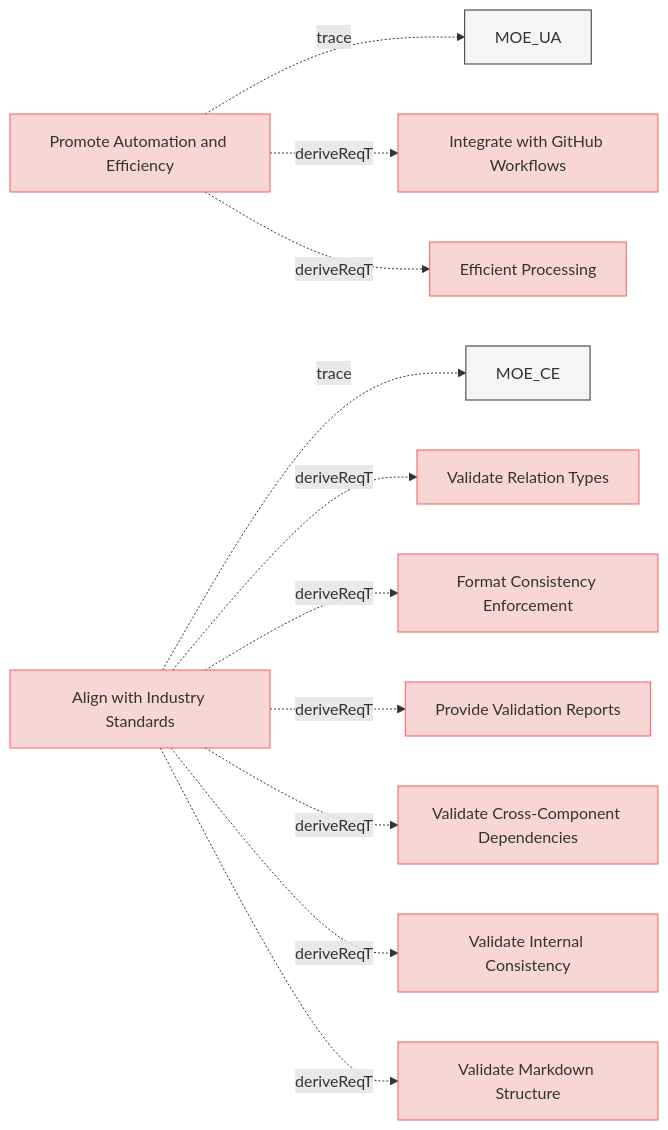
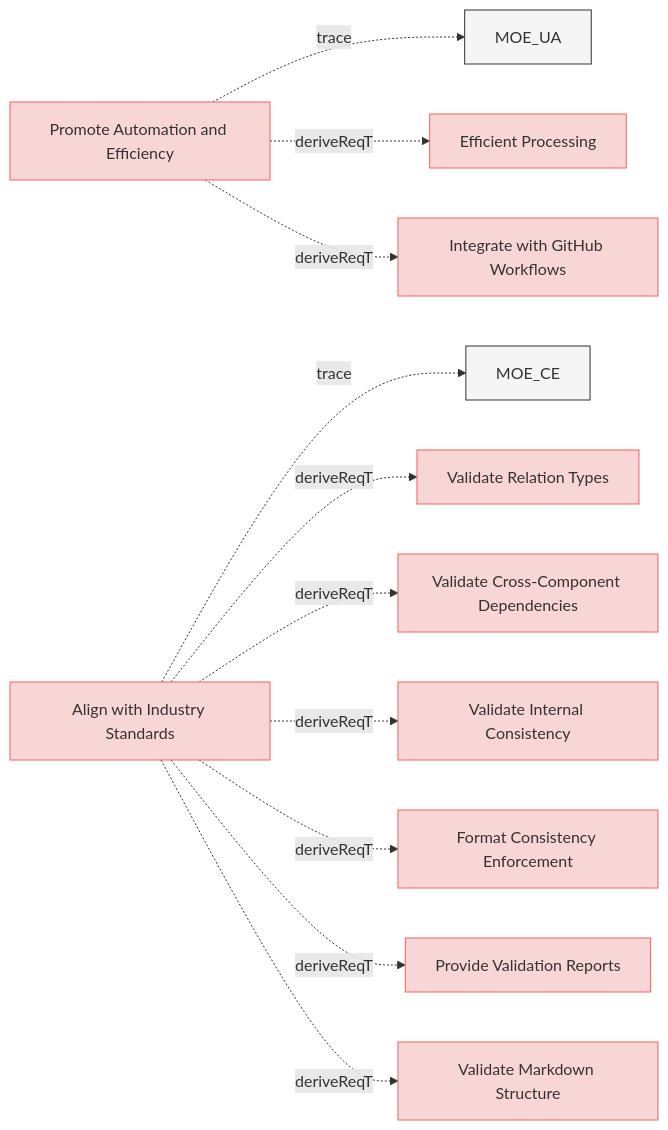
One commit to reqvire-org/reqvire changed the diagram in specifications/MissionRequirements.md. Above: the diagram before and after it, drawn with Mermaid. The commit also changed other lines of this file and 20 other files, not shown here.

````diff
--- a/specifications/MissionRequirements.md
+++ b/specifications/MissionRequirements.md
@@ -5,56 +5,56 @@
 ```mermaid
 graph LR;
   %% REQVIRE-AUTOGENERATED-DIAGRAM
   %% Graph styling
   classDef userRequirement fill:#f9d6d6,stroke:#f55f5f,stroke-width:1px;
   classDef systemRequirement fill:#fce4e4,stroke:#e68a8a,stroke-width:1px;
   classDef verification fill:#d6f9d6,stroke:#5fd75f,stroke-width:1px;
   classDef default fill:#f5f5f5,stroke:#333333,stroke-width:1px;
 
   80166c5161b33956["Promote Automation and Efficiency"];
   class 80166c5161b33956 userRequirement;
   click 80166c5161b33956 "MissionRequirements.md#promote-automation-and-efficiency";
   2c5f30f14e792200["MOE_UA"];
   class 2c5f30f14e792200 default;
   click 2c5f30f14e792200 "MOEs.md#moe_ua";
   80166c5161b33956 -.->|trace| 2c5f30f14e792200;
+  d193d11c43776bec["Efficient Processing"];
+  class d193d11c43776bec userRequirement;
+  click d193d11c43776bec "ManagingMbseModelsRequirements.md#efficient-processing";
+  80166c5161b33956 -.->|deriveReqT| d193d11c43776bec;
   98eaeddc27f99e11["Integrate with GitHub Workflows"];
   class 98eaeddc27f99e11 userRequirement;
   click 98eaeddc27f99e11 "UserStories.md#integrate-with-github-workflows";
   80166c5161b33956 -.->|deriveReqT| 98eaeddc27f99e11;
-  d193d11c43776bec["Efficient Processing"];
-  class d193d11c43776bec userRequirement;
-  click d193d11c43776bec "ManagingMbseModelsRequirements.md#efficient-processing";
-  80166c5161b33956 -.->|deriveReqT| d193d11c43776bec;
   b74eec7ed767e7c["Align with Industry Standards"];
   class b74eec7ed767e7c userRequirement;
   click b74eec7ed767e7c "MissionRequirements.md#align-with-industry-standards";
   e9ad540a6411a0fc["MOE_CE"];
   class e9ad540a6411a0fc default;
   click e9ad540a6411a0fc "MOEs.md#moe_ce";
   b74eec7ed767e7c -.->|trace| e9ad540a6411a0fc;
   f25cbfbca6d6d92e["Validate Relation Types"];
   class f25cbfbca6d6d92e userRequirement;
   click f25cbfbca6d6d92e "UserRequirements.md#validate-relation-types";
   b74eec7ed767e7c -.->|deriveReqT| f25cbfbca6d6d92e;
+  3bd9d29239564eeb["Validate Cross-Component Dependencies"];
+  class 3bd9d29239564eeb userRequirement;
+  click 3bd9d29239564eeb "UserRequirements.md#validate-cross-component-dependencies";
+  b74eec7ed767e7c -.->|deriveReqT| 3bd9d29239564eeb;
+  c50887ce89be280a["Validate Internal Consistency"];
+  class c50887ce89be280a userRequirement;
+  click c50887ce89be280a "UserRequirements.md#validate-internal-consistency";
+  b74eec7ed767e7c -.->|deriveReqT| c50887ce89be280a;
   974ccf933675ef44["Format Consistency Enforcement"];
   class 974ccf933675ef44 userRequirement;
   click 974ccf933675ef44 "UserRequirements.md#format-consistency-enforcement";
   b74eec7ed767e7c -.->|deriveReqT| 974ccf933675ef44;
   ed31b6bed1cde2f8["Provide Validation Reports"];
   class ed31b6bed1cde2f8 userRequirement;
   click ed31b6bed1cde2f8 "UserRequirements.md#provide-validation-reports";
   b74eec7ed767e7c -.->|deriveReqT| ed31b6bed1cde2f8;
-  3bd9d29239564eeb["Validate Cross-Component Dependencies"];
-  class 3bd9d29239564eeb userRequirement;
-  click 3bd9d29239564eeb "UserRequirements.md#validate-cross-component-dependencies";
-  b74eec7ed767e7c -.->|deriveReqT| 3bd9d29239564eeb;
-  c50887ce89be280a["Validate Internal Consistency"];
-  class c50887ce89be280a userRequirement;
-  click c50887ce89be280a "UserRequirements.md#validate-internal-consistency";
-  b74eec7ed767e7c -.->|deriveReqT| c50887ce89be280a;
   586b073cd97908da["Validate Markdown Structure"];
   class 586b073cd97908da userRequirement;
   click 586b073cd97908da "UserRequirements.md#validate-markdown-structure";
   b74eec7ed767e7c -.->|deriveReqT| 586b073cd97908da;
 ```
````
